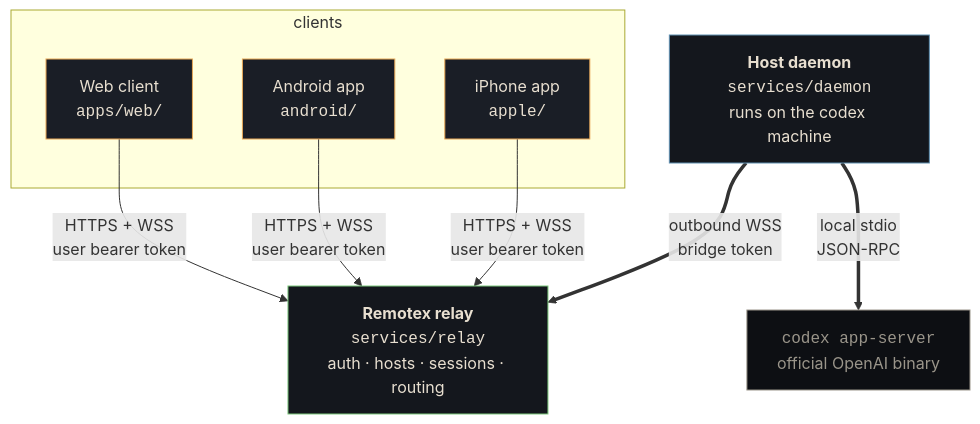
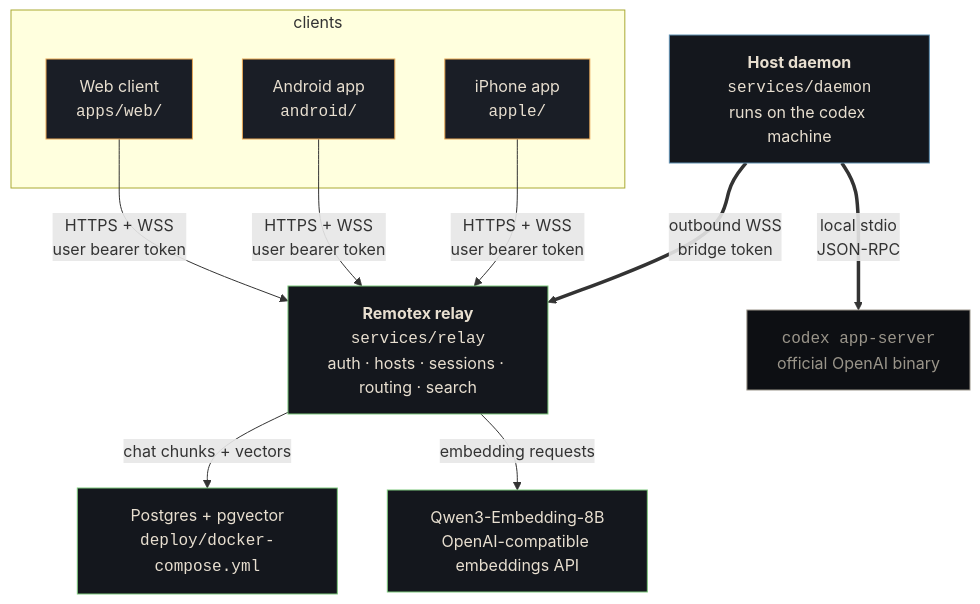
Before and after one commit to CesarPetrescu/remotex: the diagram in README.md, drawn with Mermaid. The commit also changed other lines of this file and 24 other files, not shown here.

````diff
--- a/README.md
+++ b/README.md
@@ -14,26 +14,30 @@
 ```mermaid
 flowchart TB
     subgraph clients["clients"]
         W["Web client<br/><code>apps/web/</code>"]
         A["Android app<br/><code>android/</code>"]
         I["iPhone app<br/><code>apple/</code>"]
     end
-    R["<b>Remotex relay</b><br/><code>services/relay</code><br/>auth · hosts · sessions · routing"]
+    R["<b>Remotex relay</b><br/><code>services/relay</code><br/>auth · hosts · sessions · routing · search"]
     D["<b>Host daemon</b><br/><code>services/daemon</code><br/>runs on the codex machine"]
     X["<code>codex app-server</code><br/>official OpenAI binary"]
+    P["Postgres + pgvector<br/><code>deploy/docker-compose.yml</code>"]
+    E["Qwen3-Embedding-8B<br/>OpenAI-compatible embeddings API"]
 
     W -- "HTTPS + WSS<br/>user bearer token" --> R
     A -- "HTTPS + WSS<br/>user bearer token" --> R
     I -- "HTTPS + WSS<br/>user bearer token" --> R
     D == "outbound WSS<br/>bridge token" ==> R
     D == "local stdio<br/>JSON-RPC" ==> X
+    R -- "chat chunks + vectors" --> P
+    R -- "embedding requests" --> E
 
     classDef clientNode fill:#1a1e26,stroke:#e8a756,color:#e8dfd0;
     classDef relayNode fill:#14171d,stroke:#7dc87d,color:#e8dfd0;
     classDef daemonNode fill:#14171d,stroke:#5f8fb0,color:#e8dfd0;
     classDef codexNode fill:#0d0f13,stroke:#9a958a,color:#9a958a;
     class W,A,I clientNode;
-    class R relayNode;
+    class R,P,E relayNode;
     class D daemonNode;
     class X codexNode;
 ```
````
